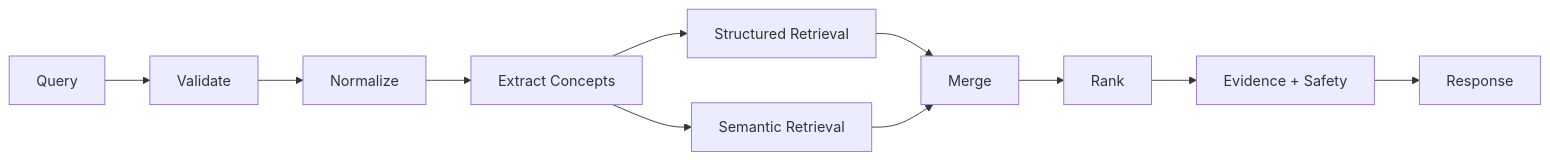
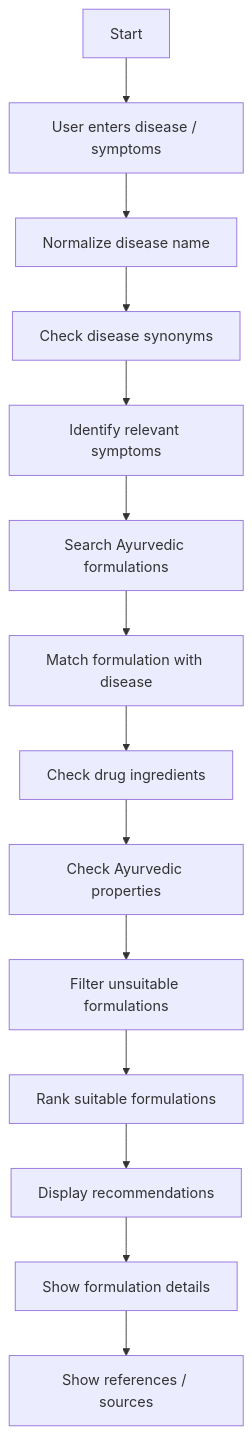
The diagram in architecture/system-flow.mmd (Maheshkashyap-ux/ayurveda), drawn with Mermaid before and after one commit.

```diff
--- a/architecture/system-flow.mmd
+++ b/architecture/system-flow.mmd
@@ -1,11 +1,43 @@
-flowchart LR
-    A[Query] --> B[Validate]
-    B --> C[Normalize]
-    C --> D[Extract Concepts]
-    D --> E[Structured Retrieval]
-    D --> F[Semantic Retrieval]
-    E --> G[Merge]
+flowchart TD
+
+    A["Start"]
+
+    B["User enters disease / symptoms"]
+
+    C["Normalize disease name"]
+
+    D["Check disease synonyms"]
+
+    E["Identify relevant symptoms"]
+
+    F["Search Ayurvedic formulations"]
+
+    G["Match formulation with disease"]
+
+    H["Check drug ingredients"]
+
+    I["Check Ayurvedic properties"]
+
+    J["Filter unsuitable formulations"]
+
+    K["Rank suitable formulations"]
+
+    L["Display recommendations"]
+
+    M["Show formulation details"]
+
+    N["Show references / sources"]
+
+    A --> B
+    B --> C
+    C --> D
+    D --> E
+    E --> F
     F --> G
-    G --> H[Rank]
-    H --> I[Evidence + Safety]
-    I --> J[Response]
+    G --> H
+    H --> I
+    I --> J
+    J --> K
+    K --> L
+    L --> M
+    M --> N
```
